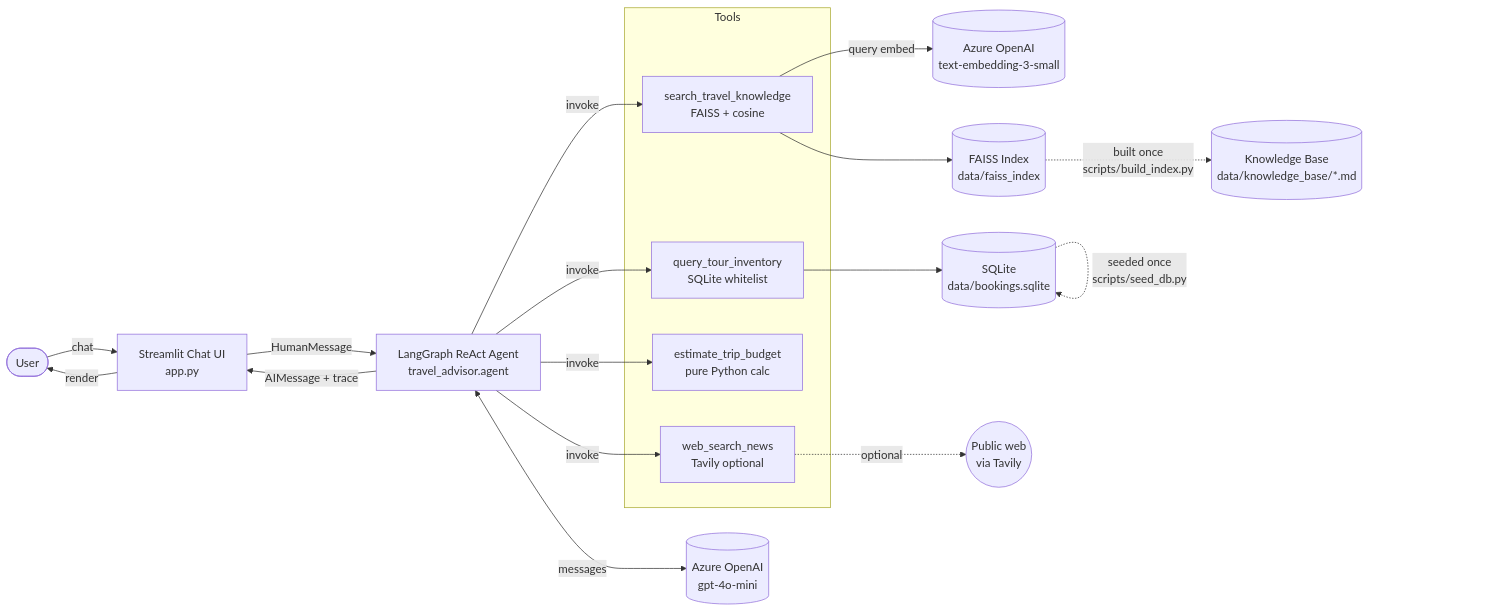
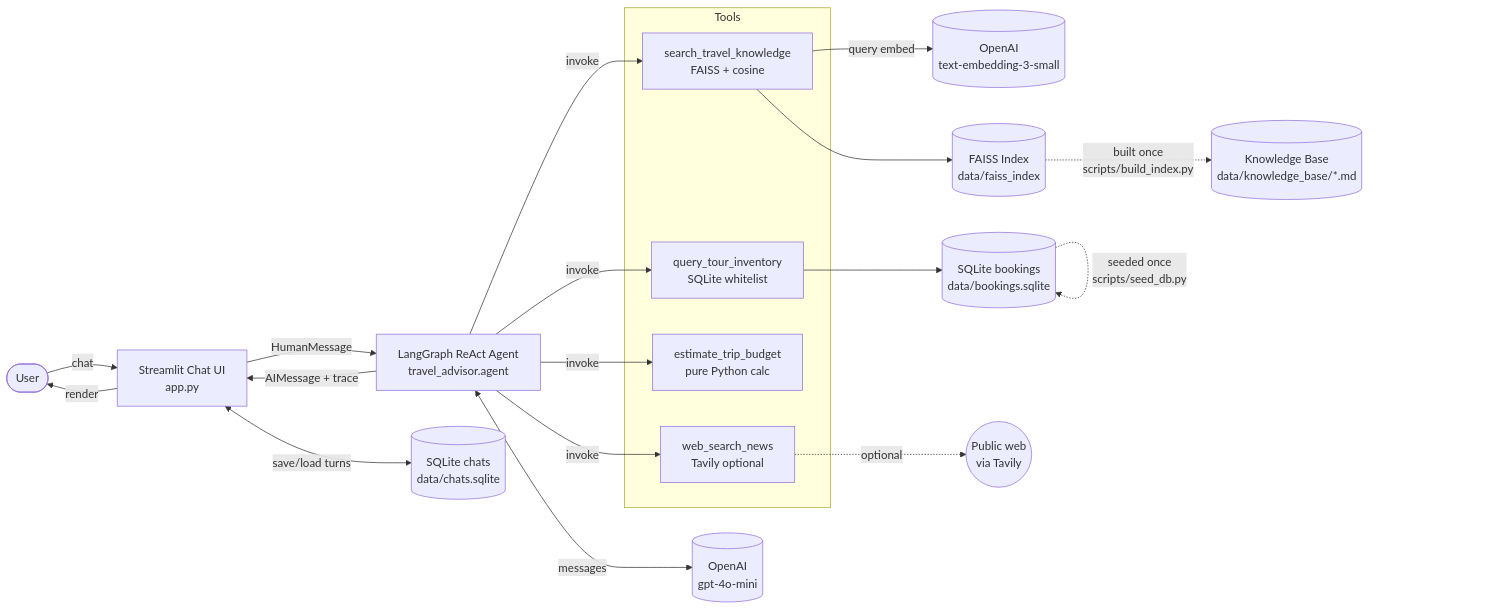
One commit to trietta1999/AIHack changed the first of 4 diagrams in docs/03-architecture.md. Above: the diagram before and after it, drawn with Mermaid. The commit also changed other lines of this file and 12 other files, not shown here.

````diff
--- a/docs/03-architecture.md
+++ b/docs/03-architecture.md
@@ -5,36 +5,38 @@
 ```mermaid
 flowchart LR
     user([User])
     ui[Streamlit Chat UI<br/>app.py]
     agent[LangGraph ReAct Agent<br/>travel_advisor.agent]
-    llm[(Azure OpenAI<br/>gpt-4o-mini)]
-    emb[(Azure OpenAI<br/>text-embedding-3-small)]
+    llm[(OpenAI<br/>gpt-4o-mini)]
+    emb[(OpenAI<br/>text-embedding-3-small)]
 
     subgraph Tools
         t1[search_travel_knowledge<br/>FAISS + cosine]
         t2[query_tour_inventory<br/>SQLite whitelist]
         t3[estimate_trip_budget<br/>pure Python calc]
         t4[web_search_news<br/>Tavily optional]
     end
 
     faiss[(FAISS Index<br/>data/faiss_index)]
     kb[(Knowledge Base<br/>data/knowledge_base/*.md)]
-    db[(SQLite<br/>data/bookings.sqlite)]
+    db[(SQLite bookings<br/>data/bookings.sqlite)]
+    chats[(SQLite chats<br/>data/chats.sqlite)]
     web((Public web<br/>via Tavily))
 
     user -->|chat| ui
     ui -->|HumanMessage| agent
+    ui <-->|save/load turns| chats
     agent <-->|messages| llm
     agent -->|invoke| t1
     agent -->|invoke| t2
     agent -->|invoke| t3
     agent -->|invoke| t4
     t1 --> faiss
     t1 -->|query embed| emb
     faiss -.->|built once<br/>scripts/build_index.py| kb
     t2 --> db
     db -.->|seeded once<br/>scripts/seed_db.py| db
     t4 -.->|optional| web
     agent -->|AIMessage + trace| ui
     ui -->|render| user
 ```
````
